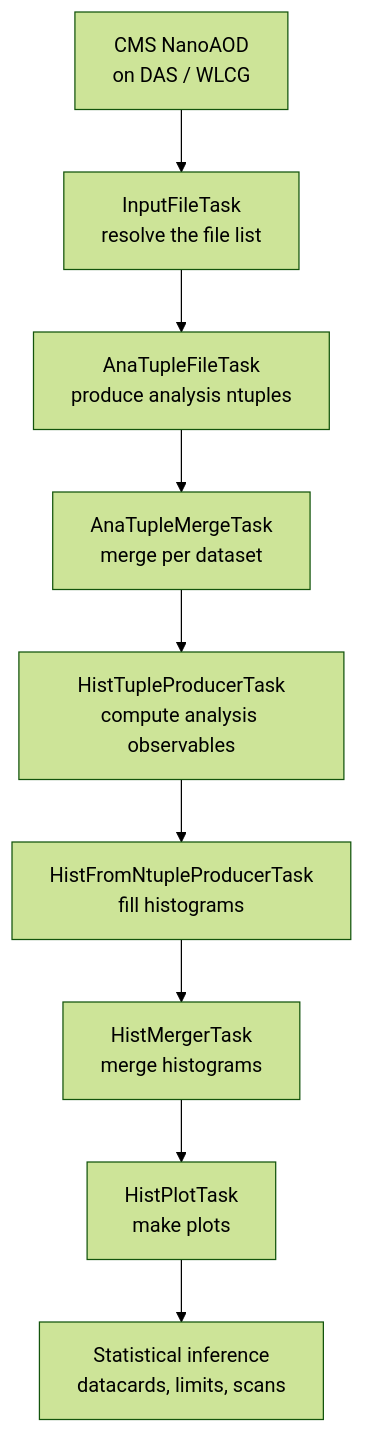
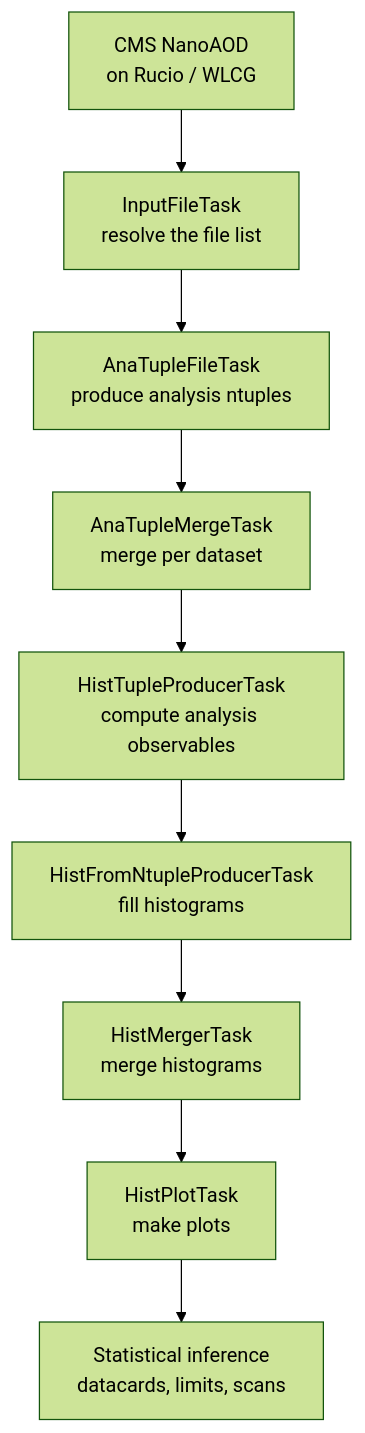
One commit to cms-flaf/FLAF changed the diagram in docs/index.md. Above: the diagram before and after it, drawn with Mermaid (forest theme). The commit also changed 17 other files, not shown here.

First line of the commit message:
Move file discovery from DAS (dasgoclient) to Rucio (#287)

````diff
--- a/docs/index.md
+++ b/docs/index.md
@@ -24,11 +24,11 @@
 ```mermaid
 flowchart TD
-    NANO[CMS NanoAOD<br/>on DAS / WLCG] --> IFT[InputFileTask<br/>resolve the file list]
+    NANO[CMS NanoAOD<br/>on Rucio / WLCG] --> IFT[InputFileTask<br/>resolve the file list]
     IFT --> ATF[AnaTupleFileTask<br/>produce analysis ntuples]
     ATF --> ATM[AnaTupleMergeTask<br/>merge per dataset]
     ATM --> HTP[HistTupleProducerTask<br/>compute analysis observables]
     HTP --> HFN[HistFromNtupleProducerTask<br/>fill histograms]
     HFN --> HM[HistMergerTask<br/>merge histograms]
     HM --> HP[HistPlotTask<br/>make plots]
     HP --> STAT[Statistical inference<br/>datacards, limits, scans]
 ```
````
